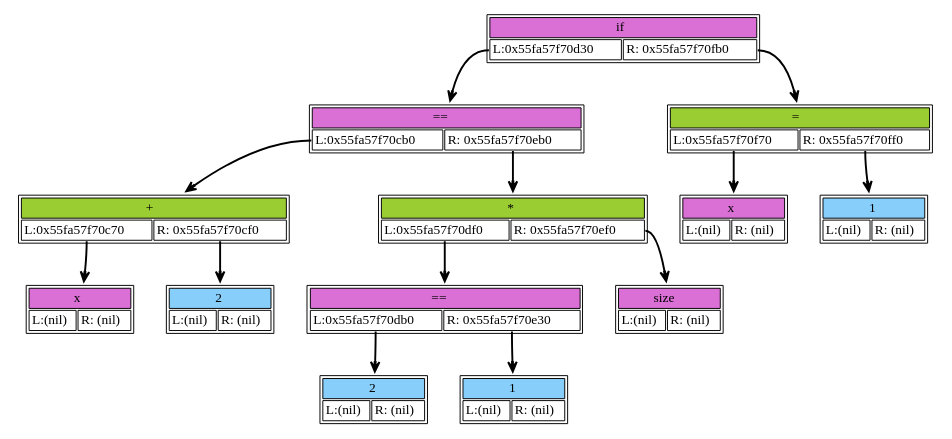
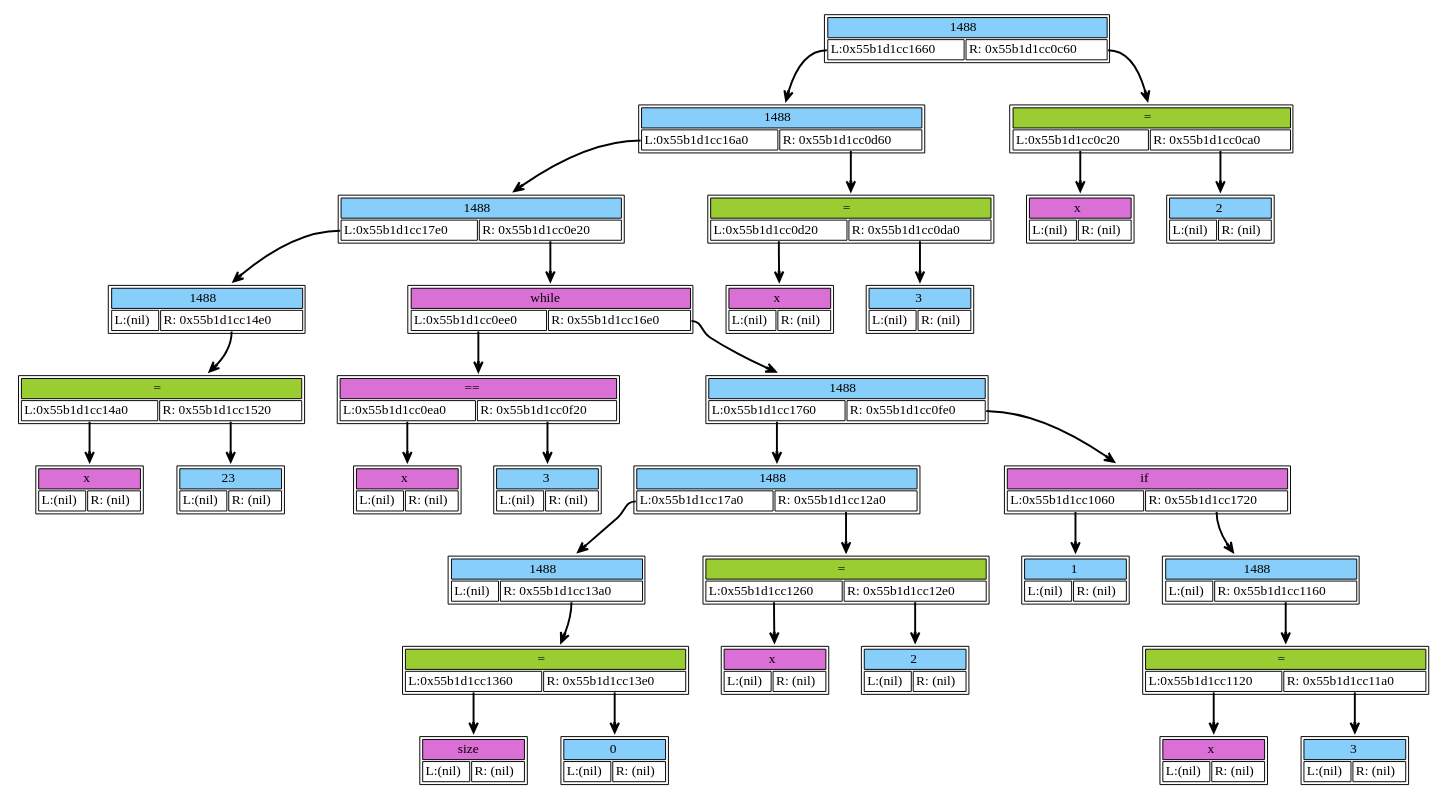
The diagram in dump/dump.dot (Varnike/language), drawn with Graphviz before and after one commit. The commit also changed 7 other files, not shown here.

```diff
--- a/dump/dump.dot
+++ b/dump/dump.dot
@@ -1,80 +1,194 @@
 digraph dump_graph {
 	rankdir=TV; 
-node0x55fa57f70c70 [shape=plaintext
+node0x55b1d1cc17e0 [shape=plaintext
+					label=<<table border='1' cellborder='1'>
+			<tr><td colspan="2" bgcolor="lightskyblue" >1488</td></tr>
+					<tr><td port= "lchild">L:(nil)</td><td port="rchild">R: 0x55b1d1cc14e0</td></tr>
+				</table>>];
+		node0x55b1d1cc17e0:rchild -> node0x55b1d1cc14e0[style=bold, arrowhead=vee];
+node0x55b1d1cc14a0 [shape=plaintext
 					label=<<table border='1' cellborder='1'>
 			<tr><td colspan="2" bgcolor="orchid" > x</td></tr>
 					<tr><td port= "lchild">L:(nil)</td><td port="rchild">R: (nil)</td></tr>
 				</table>>];
-node0x55fa57f70cb0 [shape=plaintext
+node0x55b1d1cc14e0 [shape=plaintext
 					label=<<table border='1' cellborder='1'>
-			<tr><td colspan="2" bgcolor="olivedrab3" > +</td></tr>
-					<tr><td port= "lchild">L:0x55fa57f70c70</td><td port="rchild">R: 0x55fa57f70cf0</td></tr>
+			<tr><td colspan="2" bgcolor="olivedrab3" > =</td></tr>
+					<tr><td port= "lchild">L:0x55b1d1cc14a0</td><td port="rchild">R: 0x55b1d1cc1520</td></tr>
 				</table>>];
-		node0x55fa57f70cb0:lchild -> node0x55fa57f70c70[style=bold, arrowhead=vee];
-		node0x55fa57f70cb0:rchild -> node0x55fa57f70cf0[style=bold, arrowhead=vee];
-node0x55fa57f70cf0 [shape=plaintext
+		node0x55b1d1cc14e0:lchild -> node0x55b1d1cc14a0[style=bold, arrowhead=vee];
+		node0x55b1d1cc14e0:rchild -> node0x55b1d1cc1520[style=bold, arrowhead=vee];
+node0x55b1d1cc1520 [shape=plaintext
+					label=<<table border='1' cellborder='1'>
+			<tr><td colspan="2" bgcolor="lightskyblue" >23</td></tr>
+					<tr><td port= "lchild">L:(nil)</td><td port="rchild">R: (nil)</td></tr>
+				</table>>];
+node0x55b1d1cc16a0 [shape=plaintext
+					label=<<table border='1' cellborder='1'>
+			<tr><td colspan="2" bgcolor="lightskyblue" >1488</td></tr>
+					<tr><td port= "lchild">L:0x55b1d1cc17e0</td><td port="rchild">R: 0x55b1d1cc0e20</td></tr>
+				</table>>];
+		node0x55b1d1cc16a0:lchild -> node0x55b1d1cc17e0[style=bold, arrowhead=vee];
+		node0x55b1d1cc16a0:rchild -> node0x55b1d1cc0e20[style=bold, arrowhead=vee];
+node0x55b1d1cc0ea0 [shape=plaintext
+					label=<<table border='1' cellborder='1'>
+			<tr><td colspan="2" bgcolor="orchid" > x</td></tr>
+					<tr><td port= "lchild">L:(nil)</td><td port="rchild">R: (nil)</td></tr>
+				</table>>];
+node0x55b1d1cc0ee0 [shape=plaintext
+					label=<<table border='1' cellborder='1'>
+			<tr><td colspan="2" bgcolor="orchid" > ==</td></tr>
+					<tr><td port= "lchild">L:0x55b1d1cc0ea0</td><td port="rchild">R: 0x55b1d1cc0f20</td></tr>
+				</table>>];
+		node0x55b1d1cc0ee0:lchild -> node0x55b1d1cc0ea0[style=bold, arrowhead=vee];
+		node0x55b1d1cc0ee0:rchild -> node0x55b1d1cc0f20[style=bold, arrowhead=vee];
+node0x55b1d1cc0f20 [shape=plaintext
+					label=<<table border='1' cellborder='1'>
+			<tr><td colspan="2" bgcolor="lightskyblue" >3</td></tr>
+					<tr><td port= "lchild">L:(nil)</td><td port="rchild">R: (nil)</td></tr>
+				</table>>];
+node0x55b1d1cc0e20 [shape=plaintext
+					label=<<table border='1' cellborder='1'>
+			<tr><td colspan="2" bgcolor="orchid" > while</td></tr>
+					<tr><td port= "lchild">L:0x55b1d1cc0ee0</td><td port="rchild">R: 0x55b1d1cc16e0</td></tr>
+				</table>>];
+		node0x55b1d1cc0e20:lchild -> node0x55b1d1cc0ee0[style=bold, arrowhead=vee];
+		node0x55b1d1cc0e20:rchild -> node0x55b1d1cc16e0[style=bold, arrowhead=vee];
+node0x55b1d1cc17a0 [shape=plaintext
+					label=<<table border='1' cellborder='1'>
+			<tr><td colspan="2" bgcolor="lightskyblue" >1488</td></tr>
+					<tr><td port= "lchild">L:(nil)</td><td port="rchild">R: 0x55b1d1cc13a0</td></tr>
+				</table>>];
+		node0x55b1d1cc17a0:rchild -> node0x55b1d1cc13a0[style=bold, arrowhead=vee];
+node0x55b1d1cc1360 [shape=plaintext
+					label=<<table border='1' cellborder='1'>
+			<tr><td colspan="2" bgcolor="orchid" > size</td></tr>
+					<tr><td port= "lchild">L:(nil)</td><td port="rchild">R: (nil)</td></tr>
+				</table>>];
+node0x55b1d1cc13a0 [shape=plaintext
+					label=<<table border='1' cellborder='1'>
+			<tr><td colspan="2" bgcolor="olivedrab3" > =</td></tr>
+					<tr><td port= "lchild">L:0x55b1d1cc1360</td><td port="rchild">R: 0x55b1d1cc13e0</td></tr>
+				</table>>];
+		node0x55b1d1cc13a0:lchild -> node0x55b1d1cc1360[style=bold, arrowhead=vee];
+		node0x55b1d1cc13a0:rchild -> node0x55b1d1cc13e0[style=bold, arrowhead=vee];
+node0x55b1d1cc13e0 [shape=plaintext
+					label=<<table border='1' cellborder='1'>
+			<tr><td colspan="2" bgcolor="lightskyblue" >0</td></tr>
+					<tr><td port= "lchild">L:(nil)</td><td port="rchild">R: (nil)</td></tr>
+				</table>>];
+node0x55b1d1cc1760 [shape=plaintext
+					label=<<table border='1' cellborder='1'>
+			<tr><td colspan="2" bgcolor="lightskyblue" >1488</td></tr>
+					<tr><td port= "lchild">L:0x55b1d1cc17a0</td><td port="rchild">R: 0x55b1d1cc12a0</td></tr>
+				</table>>];
+		node0x55b1d1cc1760:lchild -> node0x55b1d1cc17a0[style=bold, arrowhead=vee];
+		node0x55b1d1cc1760:rchild -> node0x55b1d1cc12a0[style=bold, arrowhead=vee];
+node0x55b1d1cc1260 [shape=plaintext
+					label=<<table border='1' cellborder='1'>
+			<tr><td colspan="2" bgcolor="orchid" > x</td></tr>
+					<tr><td port= "lchild">L:(nil)</td><td port="rchild">R: (nil)</td></tr>
+				</table>>];
+node0x55b1d1cc12a0 [shape=plaintext
+					label=<<table border='1' cellborder='1'>
+			<tr><td colspan="2" bgcolor="olivedrab3" > =</td></tr>
+					<tr><td port= "lchild">L:0x55b1d1cc1260</td><td port="rchild">R: 0x55b1d1cc12e0</td></tr>
+				</table>>];
+		node0x55b1d1cc12a0:lchild -> node0x55b1d1cc1260[style=bold, arrowhead=vee];
+		node0x55b1d1cc12a0:rchild -> node0x55b1d1cc12e0[style=bold, arrowhead=vee];
+node0x55b1d1cc12e0 [shape=plaintext
 					label=<<table border='1' cellborder='1'>
 			<tr><td colspan="2" bgcolor="lightskyblue" >2</td></tr>
 					<tr><td port= "lchild">L:(nil)</td><td port="rchild">R: (nil)</td></tr>
 				</table>>];
-node0x55fa57f70d30 [shape=plaintext
+node0x55b1d1cc16e0 [shape=plaintext
 					label=<<table border='1' cellborder='1'>
-			<tr><td colspan="2" bgcolor="orchid" > ==</td></tr>
-					<tr><td port= "lchild">L:0x55fa57f70cb0</td><td port="rchild">R: 0x55fa57f70eb0</td></tr>
+			<tr><td colspan="2" bgcolor="lightskyblue" >1488</td></tr>
+					<tr><td port= "lchild">L:0x55b1d1cc1760</td><td port="rchild">R: 0x55b1d1cc0fe0</td></tr>
 				</table>>];
-		node0x55fa57f70d30:lchild -> node0x55fa57f70cb0[style=bold, arrowhead=vee];
-		node0x55fa57f70d30:rchild -> node0x55fa57f70eb0[style=bold, arrowhead=vee];
-node0x55fa57f70db0 [shape=plaintext
+		node0x55b1d1cc16e0:lchild -> node0x55b1d1cc1760[style=bold, arrowhead=vee];
+		node0x55b1d1cc16e0:rchild -> node0x55b1d1cc0fe0[style=bold, arrowhead=vee];
+node0x55b1d1cc1060 [shape=plaintext
+					label=<<table border='1' cellborder='1'>
+			<tr><td colspan="2" bgcolor="lightskyblue" >1</td></tr>
+					<tr><td port= "lchild">L:(nil)</td><td port="rchild">R: (nil)</td></tr>
+				</table>>];
+node0x55b1d1cc0fe0 [shape=plaintext
+					label=<<table border='1' cellborder='1'>
+			<tr><td colspan="2" bgcolor="orchid" > if</td></tr>
+					<tr><td port= "lchild">L:0x55b1d1cc1060</td><td port="rchild">R: 0x55b1d1cc1720</td></tr>
+				</table>>];
+		node0x55b1d1cc0fe0:lchild -> node0x55b1d1cc1060[style=bold, arrowhead=vee];
+		node0x55b1d1cc0fe0:rchild -> node0x55b1d1cc1720[style=bold, arrowhead=vee];
+node0x55b1d1cc1720 [shape=plaintext
+					label=<<table border='1' cellborder='1'>
+			<tr><td colspan="2" bgcolor="lightskyblue" >1488</td></tr>
+					<tr><td port= "lchild">L:(nil)</td><td port="rchild">R: 0x55b1d1cc1160</td></tr>
+				</table>>];
+		node0x55b1d1cc1720:rchild -> node0x55b1d1cc1160[style=bold, arrowhead=vee];
+node0x55b1d1cc1120 [shape=plaintext
+					label=<<table border='1' cellborder='1'>
+			<tr><td colspan="2" bgcolor="orchid" > x</td></tr>
+					<tr><td port= "lchild">L:(nil)</td><td port="rchild">R: (nil)</td></tr>
+				</table>>];
+node0x55b1d1cc1160 [shape=plaintext
+					label=<<table border='1' cellborder='1'>
+			<tr><td colspan="2" bgcolor="olivedrab3" > =</td></tr>
+					<tr><td port= "lchild">L:0x55b1d1cc1120</td><td port="rchild">R: 0x55b1d1cc11a0</td></tr>
+				</table>>];
+		node0x55b1d1cc1160:lchild -> node0x55b1d1cc1120[style=bold, arrowhead=vee];
+		node0x55b1d1cc1160:rchild -> node0x55b1d1cc11a0[style=bold, arrowhead=vee];
+node0x55b1d1cc11a0 [shape=plaintext
+					label=<<table border='1' cellborder='1'>
+			<tr><td colspan="2" bgcolor="lightskyblue" >3</td></tr>
+					<tr><td port= "lchild">L:(nil)</td><td port="rchild">R: (nil)</td></tr>
+				</table>>];
+node0x55b1d1cc1660 [shape=plaintext
+					label=<<table border='1' cellborder='1'>
+			<tr><td colspan="2" bgcolor="lightskyblue" >1488</td></tr>
+					<tr><td port= "lchild">L:0x55b1d1cc16a0</td><td port="rchild">R: 0x55b1d1cc0d60</td></tr>
+				</table>>];
+		node0x55b1d1cc1660:lchild -> node0x55b1d1cc16a0[style=bold, arrowhead=vee];
+		node0x55b1d1cc1660:rchild -> node0x55b1d1cc0d60[style=bold, arrowhead=vee];
+node0x55b1d1cc0d20 [shape=plaintext
+					label=<<table border='1' cellborder='1'>
+			<tr><td colspan="2" bgcolor="orchid" > x</td></tr>
+					<tr><td port= "lchild">L:(nil)</td><td port="rchild">R: (nil)</td></tr>
+				</table>>];
+node0x55b1d1cc0d60 [shape=plaintext
+					label=<<table border='1' cellborder='1'>
+			<tr><td colspan="2" bgcolor="olivedrab3" > =</td></tr>
+					<tr><td port= "lchild">L:0x55b1d1cc0d20</td><td port="rchild">R: 0x55b1d1cc0da0</td></tr>
+				</table>>];
+		node0x55b1d1cc0d60:lchild -> node0x55b1d1cc0d20[style=bold, arrowhead=vee];
+		node0x55b1d1cc0d60:rchild -> node0x55b1d1cc0da0[style=bold, arrowhead=vee];
+node0x55b1d1cc0da0 [shape=plaintext
+					label=<<table border='1' cellborder='1'>
+			<tr><td colspan="2" bgcolor="lightskyblue" >3</td></tr>
+					<tr><td port= "lchild">L:(nil)</td><td port="rchild">R: (nil)</td></tr>
+				</table>>];
+node0x55b1d1cc1620 [shape=plaintext
+					label=<<table border='1' cellborder='1'>
+			<tr><td colspan="2" bgcolor="lightskyblue" >1488</td></tr>
+					<tr><td port= "lchild">L:0x55b1d1cc1660</td><td port="rchild">R: 0x55b1d1cc0c60</td></tr>
+				</table>>];
+		node0x55b1d1cc1620:lchild -> node0x55b1d1cc1660[style=bold, arrowhead=vee];
+		node0x55b1d1cc1620:rchild -> node0x55b1d1cc0c60[style=bold, arrowhead=vee];
+node0x55b1d1cc0c20 [shape=plaintext
+					label=<<table border='1' cellborder='1'>
+			<tr><td colspan="2" bgcolor="orchid" > x</td></tr>
+					<tr><td port= "lchild">L:(nil)</td><td port="rchild">R: (nil)</td></tr>
+				</table>>];
+node0x55b1d1cc0c60 [shape=plaintext
+					label=<<table border='1' cellborder='1'>
+			<tr><td colspan="2" bgcolor="olivedrab3" > =</td></tr>
+					<tr><td port= "lchild">L:0x55b1d1cc0c20</td><td port="rchild">R: 0x55b1d1cc0ca0</td></tr>
+				</table>>];
+		node0x55b1d1cc0c60:lchild -> node0x55b1d1cc0c20[style=bold, arrowhead=vee];
+		node0x55b1d1cc0c60:rchild -> node0x55b1d1cc0ca0[style=bold, arrowhead=vee];
+node0x55b1d1cc0ca0 [shape=plaintext
 					label=<<table border='1' cellborder='1'>
 			<tr><td colspan="2" bgcolor="lightskyblue" >2</td></tr>
 					<tr><td port= "lchild">L:(nil)</td><td port="rchild">R: (nil)</td></tr>
 				</table>>];
-node0x55fa57f70df0 [shape=plaintext
-					label=<<table border='1' cellborder='1'>
-			<tr><td colspan="2" bgcolor="orchid" > ==</td></tr>
-					<tr><td port= "lchild">L:0x55fa57f70db0</td><td port="rchild">R: 0x55fa57f70e30</td></tr>
-				</table>>];
-		node0x55fa57f70df0:lchild -> node0x55fa57f70db0[style=bold, arrowhead=vee];
-		node0x55fa57f70df0:rchild -> node0x55fa57f70e30[style=bold, arrowhead=vee];
-node0x55fa57f70e30 [shape=plaintext
-					label=<<table border='1' cellborder='1'>
-			<tr><td colspan="2" bgcolor="lightskyblue" >1</td></tr>
-					<tr><td port= "lchild">L:(nil)</td><td port="rchild">R: (nil)</td></tr>
-				</table>>];
-node0x55fa57f70eb0 [shape=plaintext
-					label=<<table border='1' cellborder='1'>
-			<tr><td colspan="2" bgcolor="olivedrab3" > *</td></tr>
-					<tr><td port= "lchild">L:0x55fa57f70df0</td><td port="rchild">R: 0x55fa57f70ef0</td></tr>
-				</table>>];
-		node0x55fa57f70eb0:lchild -> node0x55fa57f70df0[style=bold, arrowhead=vee];
-		node0x55fa57f70eb0:rchild -> node0x55fa57f70ef0[style=bold, arrowhead=vee];
-node0x55fa57f70ef0 [shape=plaintext
-					label=<<table border='1' cellborder='1'>
-			<tr><td colspan="2" bgcolor="orchid" > size</td></tr>
-					<tr><td port= "lchild">L:(nil)</td><td port="rchild">R: (nil)</td></tr>
-				</table>>];
-node0x55fa57f70bf0 [shape=plaintext
-					label=<<table border='1' cellborder='1'>
-			<tr><td colspan="2" bgcolor="orchid" > if</td></tr>
-					<tr><td port= "lchild">L:0x55fa57f70d30</td><td port="rchild">R: 0x55fa57f70fb0</td></tr>
-				</table>>];
-		node0x55fa57f70bf0:lchild -> node0x55fa57f70d30[style=bold, arrowhead=vee];
-		node0x55fa57f70bf0:rchild -> node0x55fa57f70fb0[style=bold, arrowhead=vee];
-node0x55fa57f70f70 [shape=plaintext
-					label=<<table border='1' cellborder='1'>
-			<tr><td colspan="2" bgcolor="orchid" > x</td></tr>
-					<tr><td port= "lchild">L:(nil)</td><td port="rchild">R: (nil)</td></tr>
-				</table>>];
-node0x55fa57f70fb0 [shape=plaintext
-					label=<<table border='1' cellborder='1'>
-			<tr><td colspan="2" bgcolor="olivedrab3" > =</td></tr>
-					<tr><td port= "lchild">L:0x55fa57f70f70</td><td port="rchild">R: 0x55fa57f70ff0</td></tr>
-				</table>>];
-		node0x55fa57f70fb0:lchild -> node0x55fa57f70f70[style=bold, arrowhead=vee];
-		node0x55fa57f70fb0:rchild -> node0x55fa57f70ff0[style=bold, arrowhead=vee];
-node0x55fa57f70ff0 [shape=plaintext
-					label=<<table border='1' cellborder='1'>
-			<tr><td colspan="2" bgcolor="lightskyblue" >1</td></tr>
-					<tr><td port= "lchild">L:(nil)</td><td port="rchild">R: (nil)</td></tr>
-				</table>>];
 }
```
